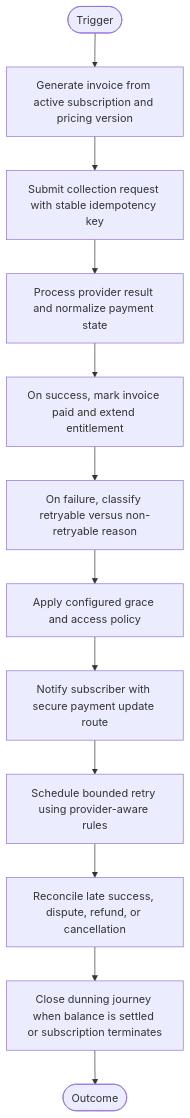
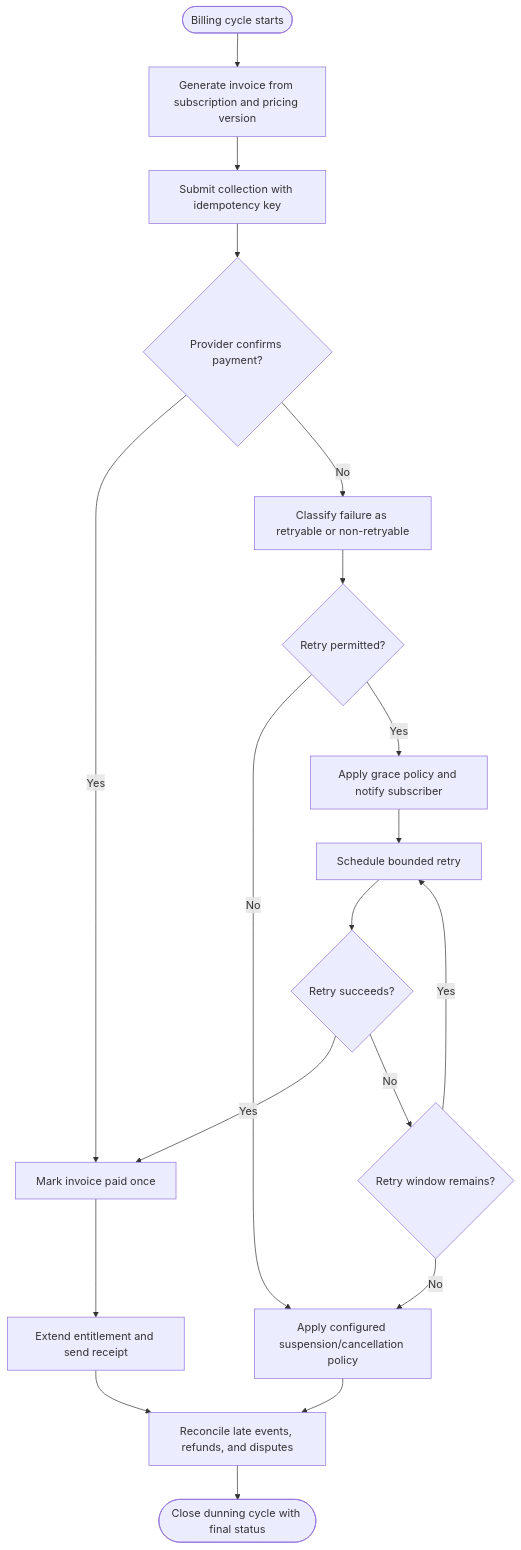
One commit to reviveproject4-source/visual-business-flows changed the first of 3 diagrams in 03-financial-and-billing/subscription-billing-and-dunning.md. Above: the diagram before and after it, drawn with Mermaid. The commit also changed other lines of this file and 14 other files, not shown here.

First line of the commit message:
Align workflow diagrams with business rules and exceptions

````diff
--- a/03-financial-and-billing/subscription-billing-and-dunning.md
+++ b/03-financial-and-billing/subscription-billing-and-dunning.md
@@ -55,24 +55,21 @@
 ```mermaid
 flowchart TD
-    Start([Trigger]) --> S1
-    S1[Generate invoice from active subscription and pricing version]
-    S2[Submit collection request with stable idempotency key]
-    S3[Process provider result and normalize payment state]
-    S4[On success, mark invoice paid and extend entitlement]
-    S5[On failure, classify retryable versus non-retryable reason]
-    S6[Apply configured grace and access policy]
-    S7[Notify subscriber with secure payment update route]
-    S8[Schedule bounded retry using provider-aware rules]
-    S9[Reconcile late success, dispute, refund, or cancellation]
-    S10[Close dunning journey when balance is settled or subscription terminates]
-    S1 --> S2
-    S2 --> S3
-    S3 --> S4
-    S4 --> S5
-    S5 --> S6
-    S6 --> S7
-    S7 --> S8
-    S8 --> S9
-    S9 --> S10
-    S10 --> End([Outcome])
+    A([Billing cycle starts]) --> B[Generate invoice from subscription and pricing version]
+    B --> C[Submit collection with idempotency key]
+    C --> D{Provider confirms payment?}
+    D -->|Yes| E[Mark invoice paid once]
+    E --> F[Extend entitlement and send receipt]
+    D -->|No| G[Classify failure as retryable or non-retryable]
+    G --> H{Retry permitted?}
+    H -->|No| I[Apply configured suspension/cancellation policy]
+    H -->|Yes| J[Apply grace policy and notify subscriber]
+    J --> K[Schedule bounded retry]
+    K --> L{Retry succeeds?}
+    L -->|Yes| E
+    L -->|No| M{Retry window remains?}
+    M -->|Yes| K
+    M -->|No| I
+    F --> N[Reconcile late events, refunds, and disputes]
+    I --> N
+    N --> O([Close dunning cycle with final status])
 ```
````
